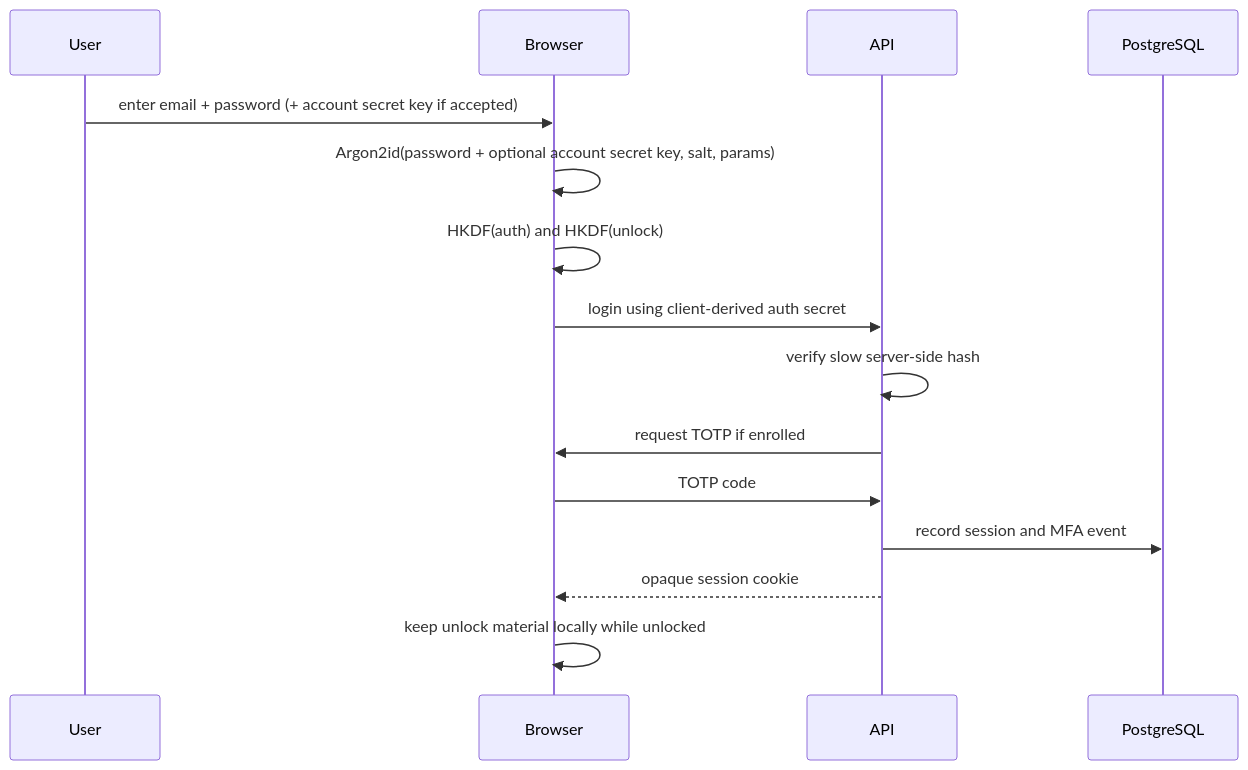
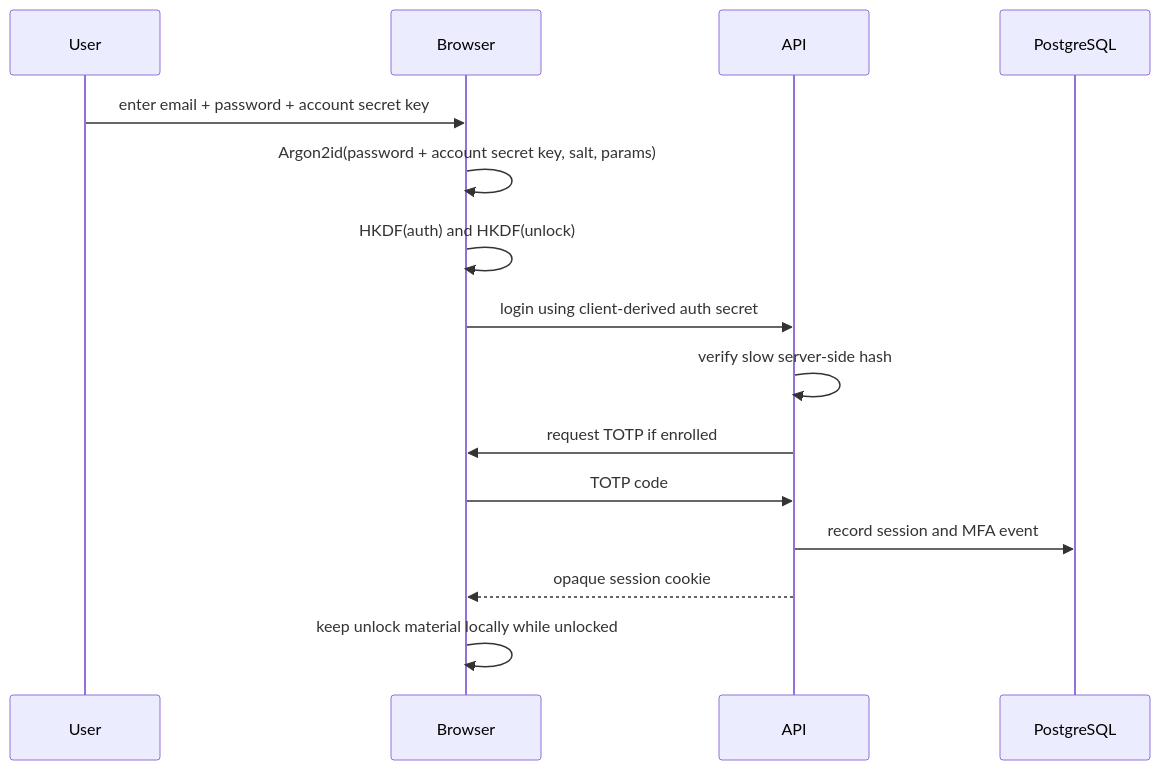
The first of 2 diagrams in docs/foundational-decisions.md (ded-isshin/password-vault), drawn with Mermaid before and after one commit. The commit also changed other lines of this file and 14 other files, not shown here.

Commit message:
docs: align account secret key baseline

````diff
--- a/docs/foundational-decisions.md
+++ b/docs/foundational-decisions.md
@@ -98,18 +98,18 @@
 ```mermaid
 sequenceDiagram
   participant User
   participant Browser
   participant API
   participant DB as PostgreSQL
 
-  User->>Browser: enter email + password (+ account secret key if accepted)
-  Browser->>Browser: Argon2id(password + optional account secret key, salt, params)
+  User->>Browser: enter email + password + account secret key
+  Browser->>Browser: Argon2id(password + account secret key, salt, params)
   Browser->>Browser: HKDF(auth) and HKDF(unlock)
   Browser->>API: login using client-derived auth secret
   API->>API: verify slow server-side hash
   API->>Browser: request TOTP if enrolled
   Browser->>API: TOTP code
   API->>DB: record session and MFA event
   API-->>Browser: opaque session cookie
   Browser->>Browser: keep unlock material locally while unlocked
 ```
````
